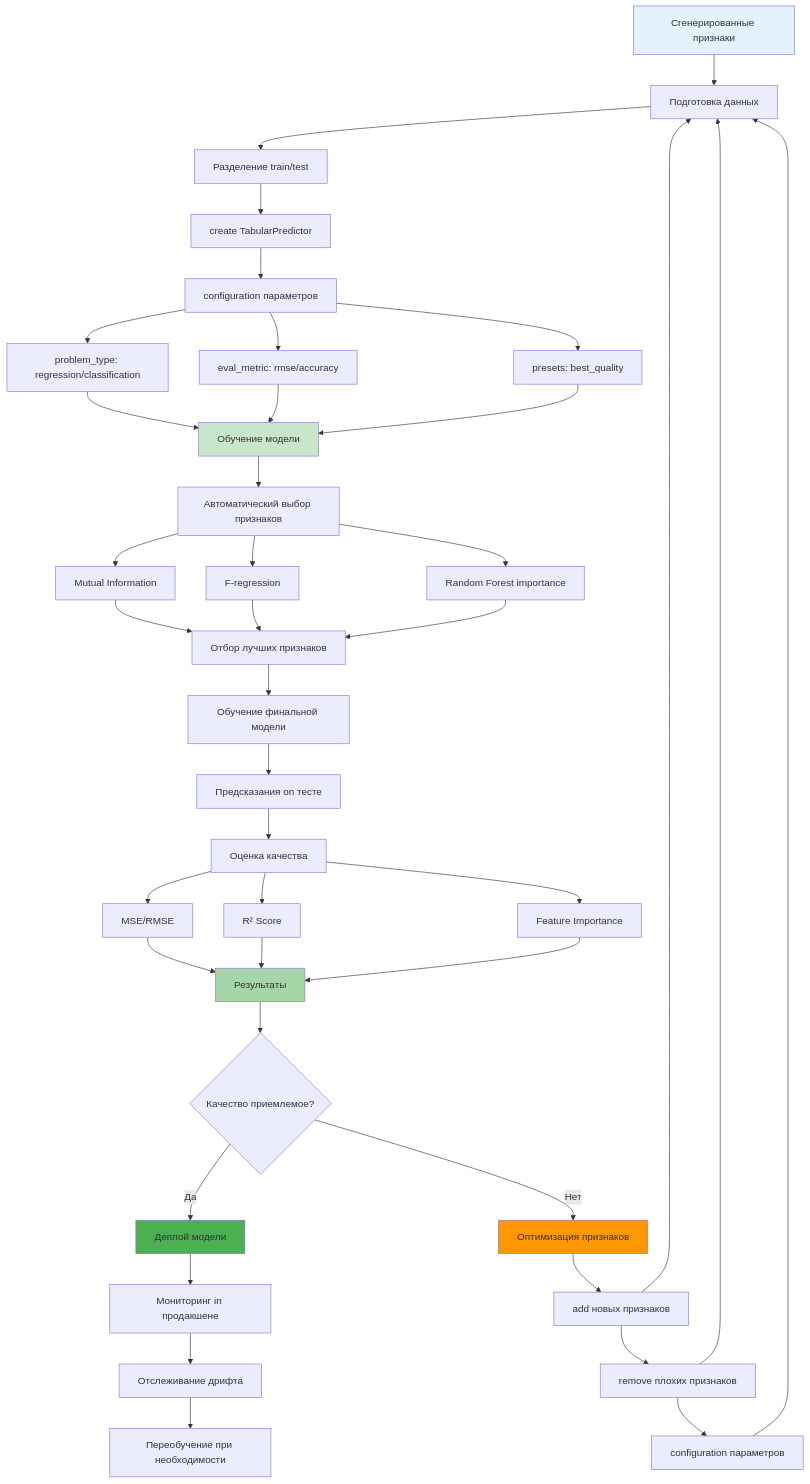
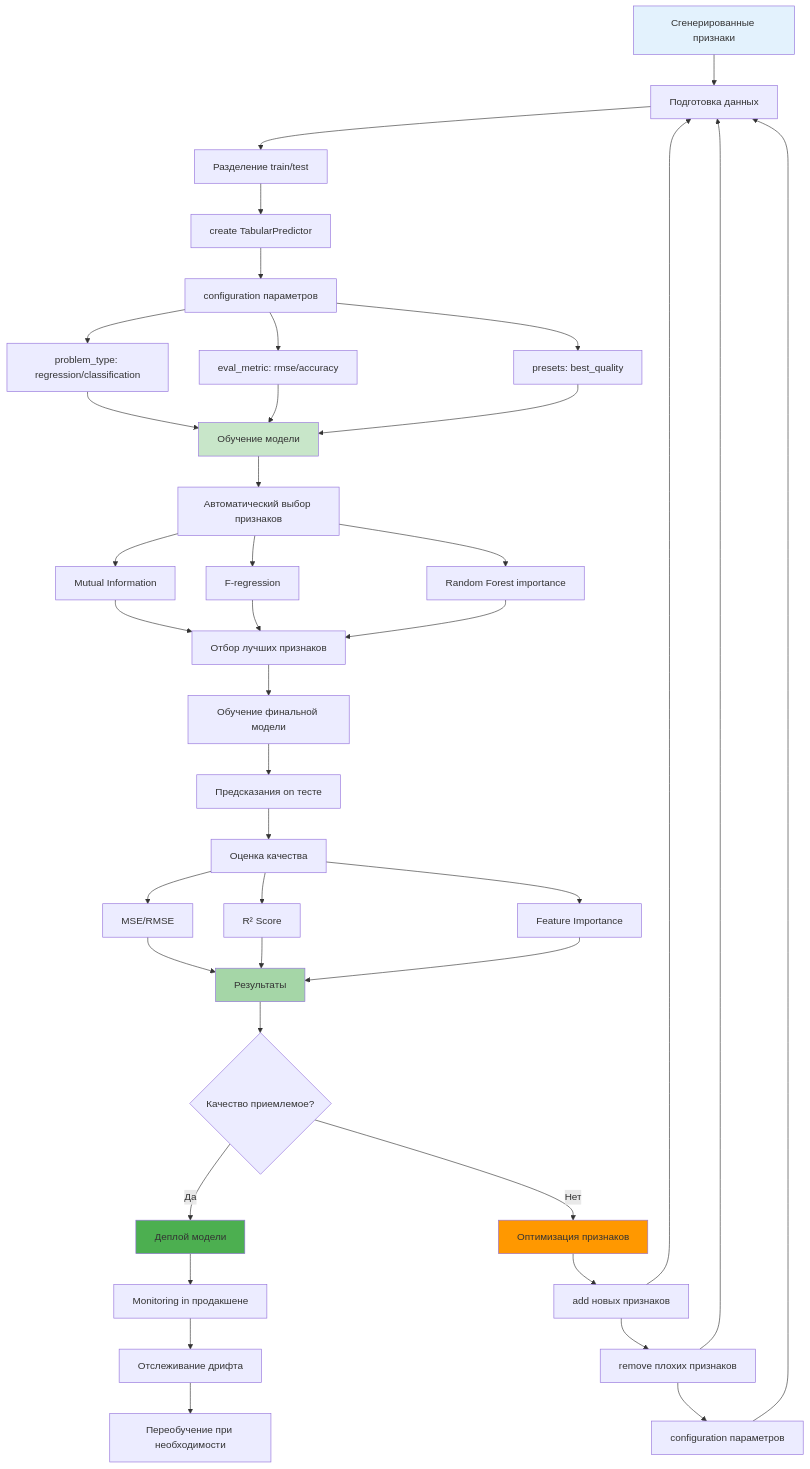
The eighth of 9 diagrams in docs/automl/gluon/28_feature_generation_advanced.md (NeoZorK/neozork-hld-prediction), drawn with Mermaid before and after one commit. The commit also changed other lines of this file and 102 other files, not shown here.

````diff
--- a/docs/automl/gluon/28_feature_generation_advanced.md
+++ b/docs/automl/gluon/28_feature_generation_advanced.md
@@ -1895,58 +1895,58 @@
 ```mermaid
 graph TD
  A[Сгенерированные признаки] --> B[Подготовка данных]
  B --> C[Разделение train/test]
  C --> D[create TabularPredictor]
 
  D --> E[configuration параметров]
  E --> F[problem_type: regression/classification]
  E --> G[eval_metric: rmse/accuracy]
  E --> H[presets: best_quality]
 
  F --> I[Обучение модели]
  G --> I
  H --> I
 
  I --> J[Автоматический выбор признаков]
  J --> K[Mutual Information]
  J --> L[F-regression]
  J --> M[Random Forest importance]
 
  K --> N[Отбор лучших признаков]
  L --> N
  M --> N
 
  N --> O[Обучение финальной модели]
  O --> P[Предсказания on тесте]
  P --> Q[Оценка качества]
 
  Q --> R[MSE/RMSE]
  Q --> S[R² Score]
  Q --> T[Feature Importance]
 
  R --> U[Результаты]
  S --> U
  T --> U
 
  U --> V{Качество приемлемое?}
  V -->|Да| W[Деплой модели]
  V -->|Нет| X[Оптимизация признаков]
 
  X --> Y[add новых признаков]
  Y --> Z[remove плохих признаков]
  Z --> AA[configuration параметров]
 
  Y --> B
  Z --> B
  AA --> B
 
- W --> BB[Мониторинг in продакшене]
+ W --> BB[Monitoring in продакшене]
  BB --> CC[Отслеживание дрифта]
  CC --> DD[Переобучение при необходимости]
 
  style A fill:#e3f2fd
  style I fill:#c8e6c9
  style U fill:#a5d6a7
  style W fill:#4caf50
  style X fill:#ff9800
 ```
````
